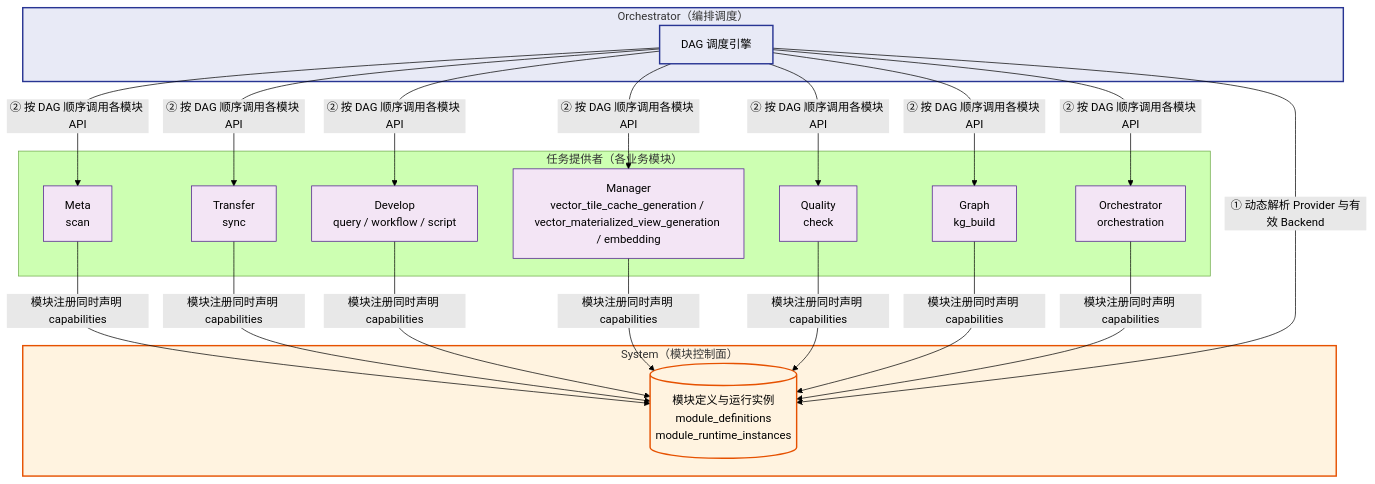
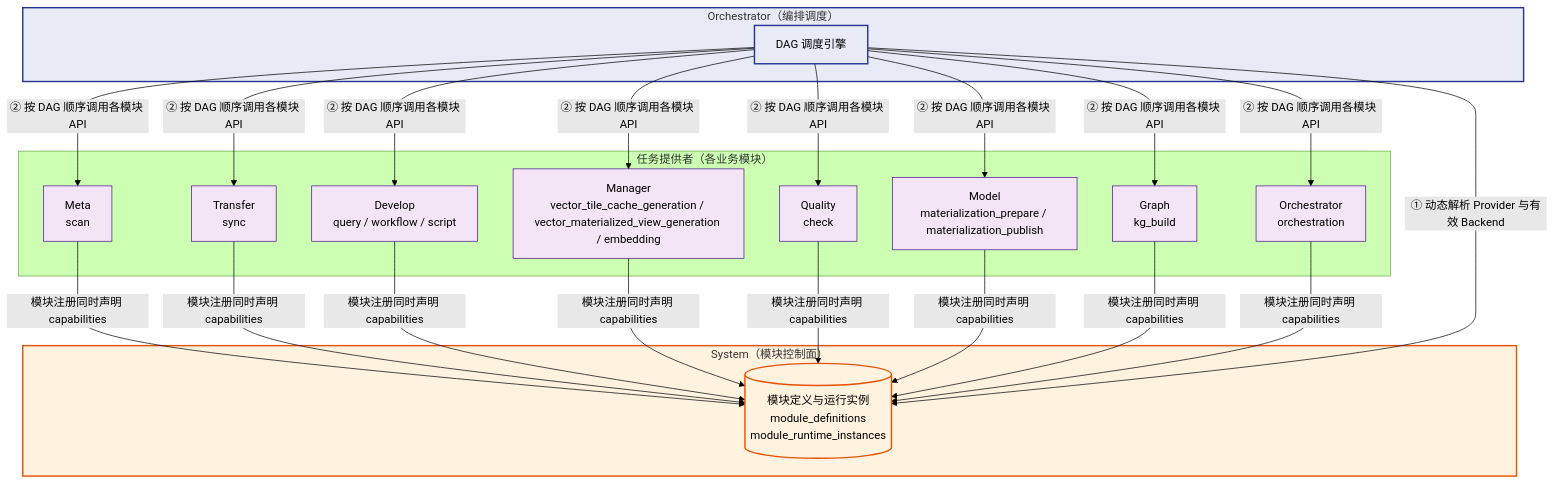
One commit to pampa0629/addp changed diagram 13 of 14 in docs/concepts/addp模块架构图.md. Above: the diagram before and after it, drawn with Mermaid (forest theme). The commit also changed other lines of this file and 357 other files, not shown here.

````diff
--- a/docs/concepts/addp模块架构图.md
+++ b/docs/concepts/addp模块架构图.md
@@ -877,44 +903,47 @@
 ```mermaid
 graph TB
     subgraph System["System（模块控制面）"]
         ModuleRegistry[(模块定义与运行实例<br/>module_definitions<br/>module_runtime_instances)]
     end
 
     subgraph Providers["任务提供者（各业务模块）"]
         MetaT["Meta<br/>scan"]
         TransferT["Transfer<br/>sync"]
         DevelopT["Develop<br/>query / workflow / script"]
         ManagerT["Manager<br/>vector_tile_cache_generation / vector_materialized_view_generation / embedding"]
         QualityT["Quality<br/>check"]
+        ModelT["Model<br/>materialization_prepare / materialization_publish"]
         GraphT["Graph<br/>kg_build"]
         OrchestratorT["Orchestrator<br/>orchestration"]
 
         MetaT   -->|"模块注册同时声明 capabilities"| ModuleRegistry
         TransferT -->|"模块注册同时声明 capabilities"| ModuleRegistry
         DevelopT -->|"模块注册同时声明 capabilities"| ModuleRegistry
         ManagerT -->|"模块注册同时声明 capabilities"| ModuleRegistry
         QualityT -->|"模块注册同时声明 capabilities"| ModuleRegistry
+        ModelT -->|"模块注册同时声明 capabilities"| ModuleRegistry
         GraphT -->|"模块注册同时声明 capabilities"| ModuleRegistry
         OrchestratorT -->|"模块注册同时声明 capabilities"| ModuleRegistry
     end
 
     subgraph Orchestrator["Orchestrator（编排调度）"]
         DAGEngine["DAG 调度引擎"]
         DAGEngine -->|"① 动态解析 Provider 与有效 Backend"| ModuleRegistry
         DAGEngine -->|"② 按 DAG 顺序调用各模块 API"| MetaT
         DAGEngine -->|"② 按 DAG 顺序调用各模块 API"| TransferT
         DAGEngine -->|"② 按 DAG 顺序调用各模块 API"| DevelopT
         DAGEngine -->|"② 按 DAG 顺序调用各模块 API"| ManagerT
         DAGEngine -->|"② 按 DAG 顺序调用各模块 API"| QualityT
+        DAGEngine -->|"② 按 DAG 顺序调用各模块 API"| ModelT
         DAGEngine -->|"② 按 DAG 顺序调用各模块 API"| GraphT
         DAGEngine -->|"② 按 DAG 顺序调用各模块 API"| OrchestratorT
     end
 
     classDef system fill:#fff3e0,stroke:#e65100,stroke-width:2px
     classDef provider fill:#f3e5f5,stroke:#4a148c
     classDef orch fill:#e8eaf6,stroke:#283593,stroke-width:2px
 
     class System,ModuleRegistry system
-    class MetaT,TransferT,DevelopT,ManagerT,QualityT,GraphT,OrchestratorT provider
+    class MetaT,TransferT,DevelopT,ManagerT,QualityT,ModelT,GraphT,OrchestratorT provider
     class Orchestrator,DAGEngine orch
 ```
````
